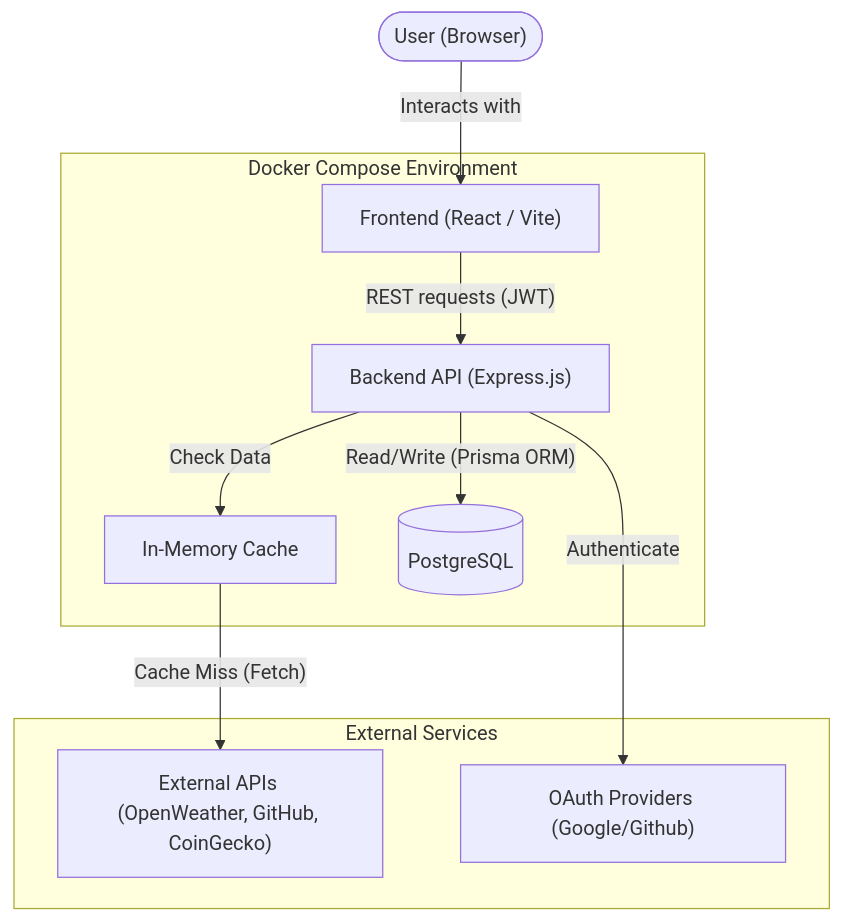
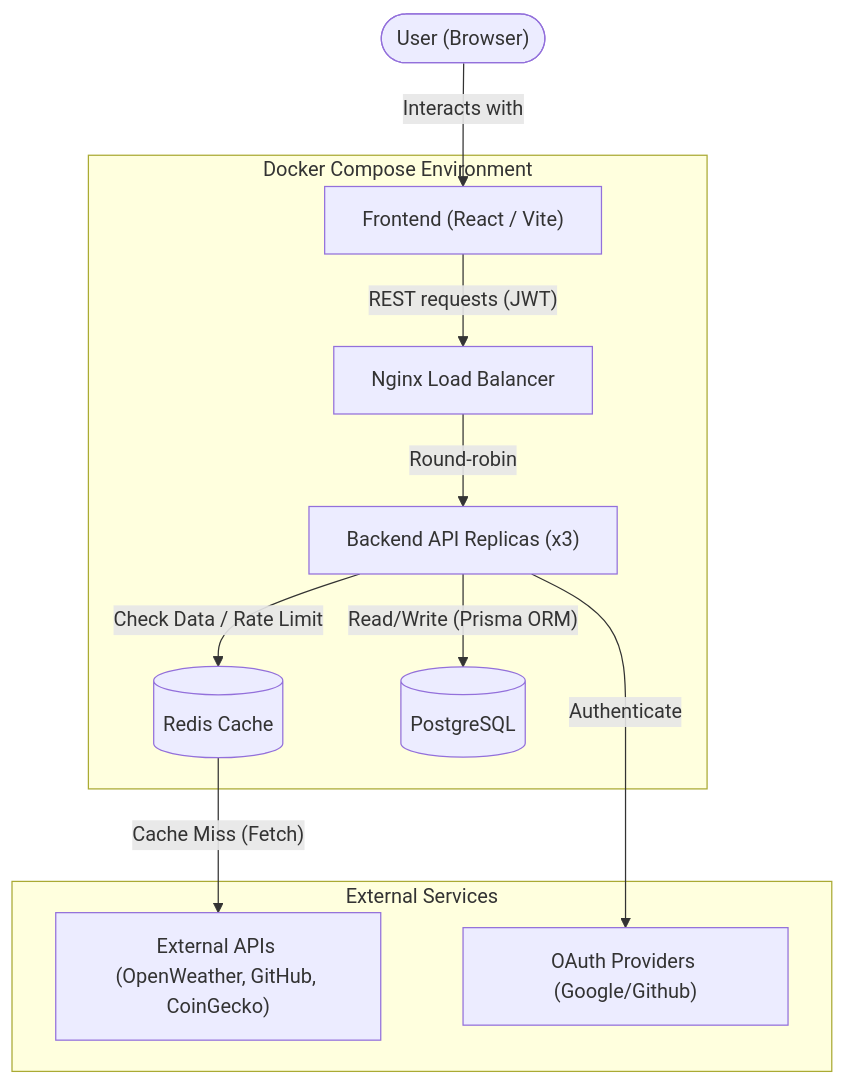
One commit to Nexlein/Dashboard changed the diagram in docs/architecture.md. Above: the diagram before and after it, drawn with Mermaid. The commit also changed other lines of this file and 2 other files, not shown here.

Commit message:
docs: update architecture, tech stack, and testing docs to reflect load balancing implementation

````diff
--- a/docs/architecture.md
+++ b/docs/architecture.md
@@ -9,21 +9,23 @@
 ```mermaid
 flowchart TB
     subgraph Docker[Docker Compose Environment]
         UI["Frontend (React / Vite)"]
-        API["Backend API (Express.js)"]
-        Cache["In-Memory Cache"]
+        LB["Nginx Load Balancer"]
+        API["Backend API Replicas (x3)"]
+        Cache[("Redis Cache")]
         DB[("PostgreSQL")]
     end
 
     subgraph External[External Services]
         ExtAPIs["External APIs (OpenWeather, GitHub, CoinGecko)"]
         OAuth["OAuth Providers (Google/Github)"]
     end
 
     User(["User (Browser)"]) -->|"Interacts with"| UI
-    UI -->|"REST requests (JWT)"| API
+    UI -->|"REST requests (JWT)"| LB
+    LB -->|"Round-robin"| API
     API -->|"Read/Write (Prisma ORM)"| DB
-    API -->|"Check Data"| Cache
+    API -->|"Check Data / Rate Limit"| Cache
     Cache -->|"Cache Miss (Fetch)"| ExtAPIs
     API -->|"Authenticate"| OAuth
 ```
````
